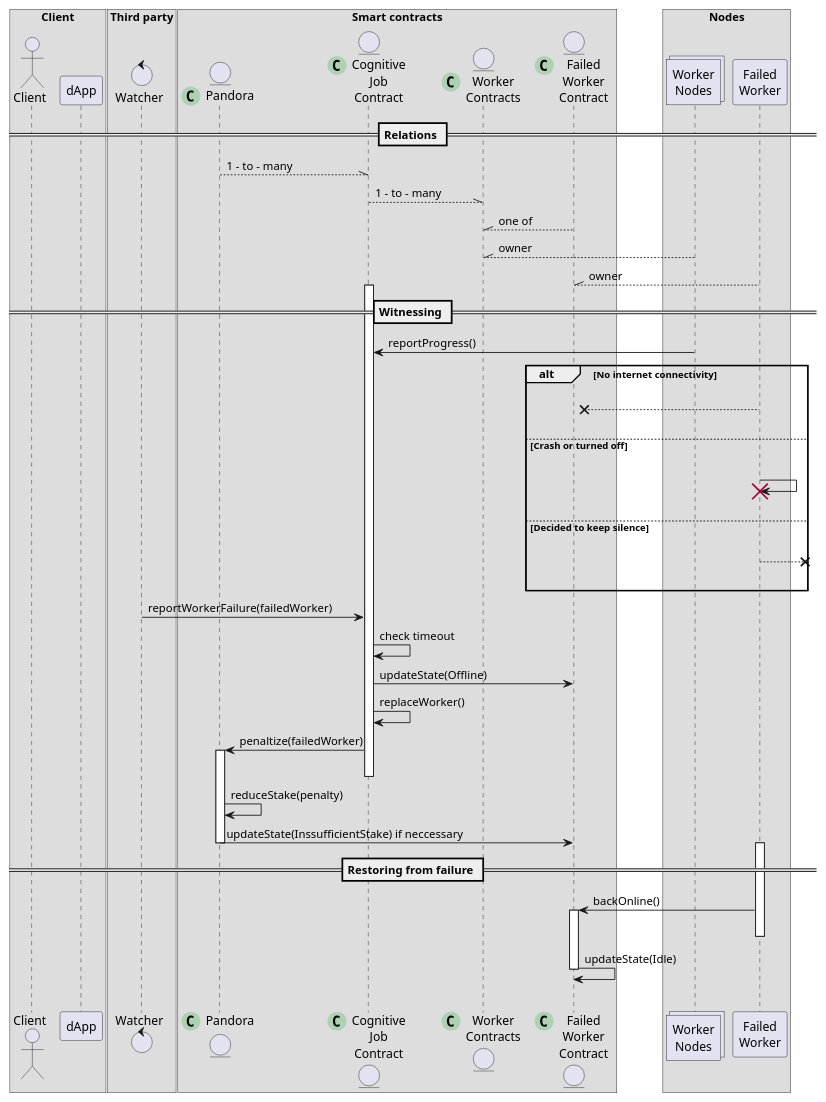
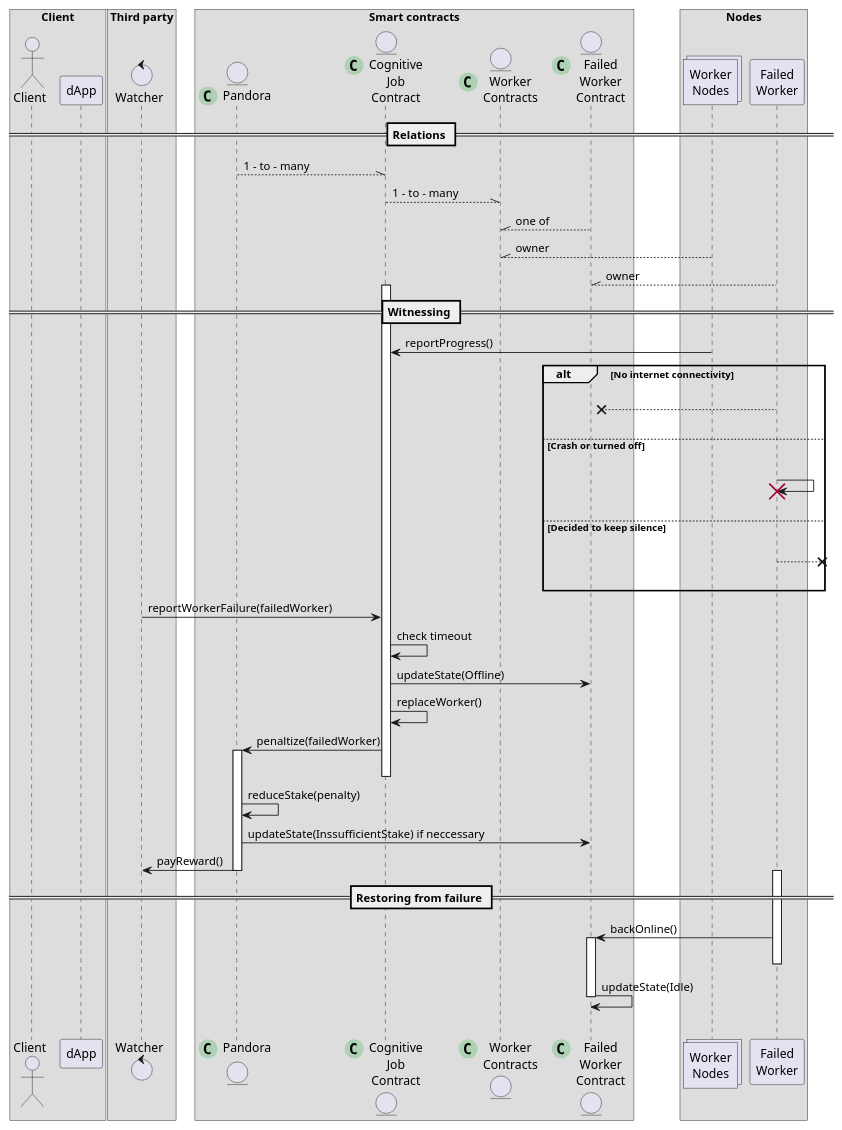
Before and after one commit to pandoraboxchain/pocw-techspecs: the diagram in sequence_witnessing.plantuml, drawn with PlantUML.

```diff
--- a/sequence_witnessing.plantuml
+++ b/sequence_witnessing.plantuml
@@ -1,75 +1,76 @@
 @startuml
 box "Client"
   actor "Client" as client
   participant "dApp" as dapp
 end box
 
 box "Third party"
   control "Watcher" as watcher
 end box
 
 box "Smart contracts"
   entity "Pandora" as pandora << (C,#ADD1B2) >>
   entity "Cognitive\nJob\nContract" as job << (C,#ADD1B2) >>
   entity "Worker\nContracts" as workerContracts << (C,#ADD1B2) >>
   entity "Failed\nWorker\nContract" as failedContract << (C,#ADD1B2) >>
 end box
 
 box "Nodes"
   collections "Worker\nNodes" as workers
   participant "Failed\nWorker" as failedWorker
 end box
 
 == Relations ==
 
 pandora --\\ job: 1 - to - many
 job --\\ workerContracts: 1 - to - many
 workerContracts //-- failedContract: one of
 
 workers --\\ workerContracts: owner
 failedWorker --\\ failedContract: owner
 
 == Witnessing ==
 
 activate job
 workers -> job: reportProgress()
 
 alt No internet connectivity
   |||
   failedWorker -->x failedContract
   |||
 else Crash or turned off
   |||
   failedWorker -> failedWorker
   destroy failedWorker
   |||
 else Decided to keep silence
   |||
   failedWorker -->x]
   |||
 end
 
 watcher -> job: reportWorkerFailure(failedWorker)
 job -> job: check timeout
 job -> failedContract: updateState(Offline)
 job -> job: replaceWorker()
 job -> pandora: penaltize(failedWorker)
 activate pandora
 deactivate job
 
 pandora -> pandora: reduceStake(penalty)
 pandora -> failedContract: updateState(InssufficientStake) if neccessary
+pandora -> watcher: payReward()
 
 deactivate pandora
 
 == Restoring from failure ==
 
 activate failedWorker
 failedWorker -> failedContract: backOnline()
 activate failedContract
 deactivate failedWorker
 failedContract -> failedContract: updateState(Idle)
 deactivate failedContract
 
 |||
 @enduml
```
